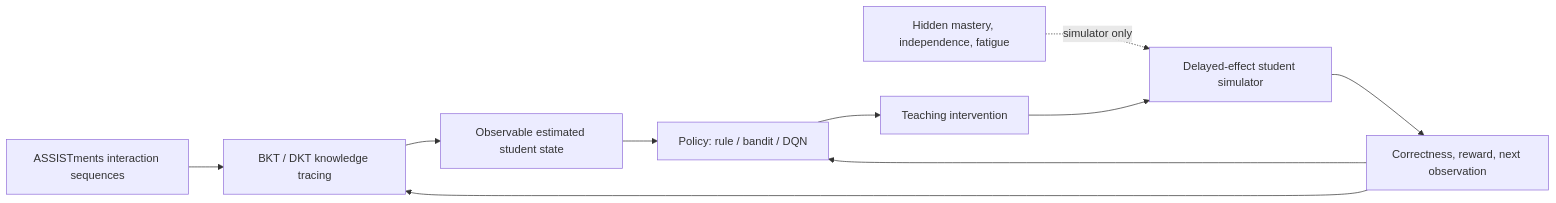
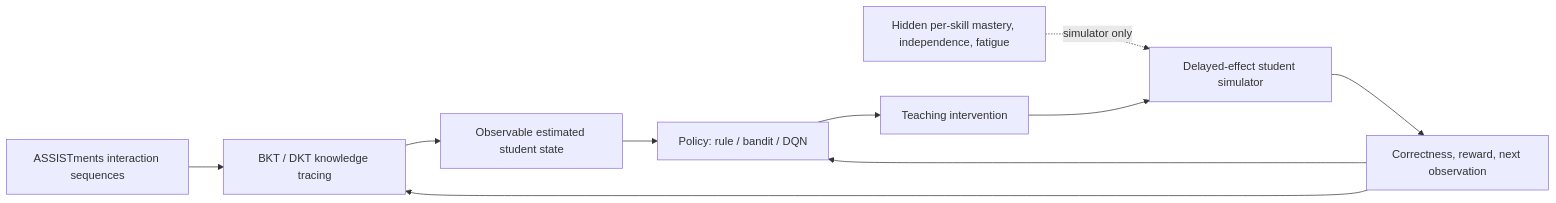
The diagram in README.md (HusseinHanafy207/tracewise), drawn with Mermaid before and after one commit. The commit also changed other lines of this file and 29 other files, not shown here.

Commit message:
recurrent dqn with gru and multi-skill simulator implemented

````diff
--- a/README.md
+++ b/README.md
@@ -43,12 +45,12 @@
 ```mermaid
 flowchart LR
     D[ASSISTments interaction sequences] --> K[BKT / DKT knowledge tracing]
     K --> O[Observable estimated student state]
-    H[Hidden mastery, independence, fatigue] -. simulator only .-> E
+    H[Hidden per-skill mastery, independence, fatigue] -. simulator only .-> E
     O --> P[Policy: rule / bandit / DQN]
     P --> A[Teaching intervention]
     A --> E[Delayed-effect student simulator]
     E --> R[Correctness, reward, next observation]
     R --> K
     R --> P
 ```
````
